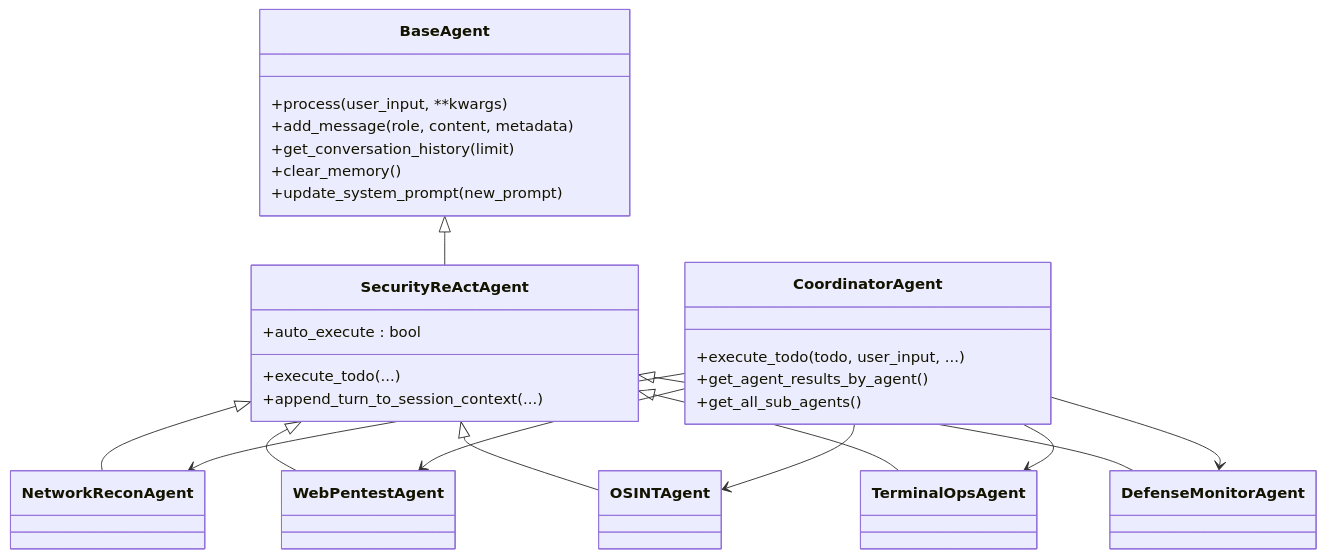
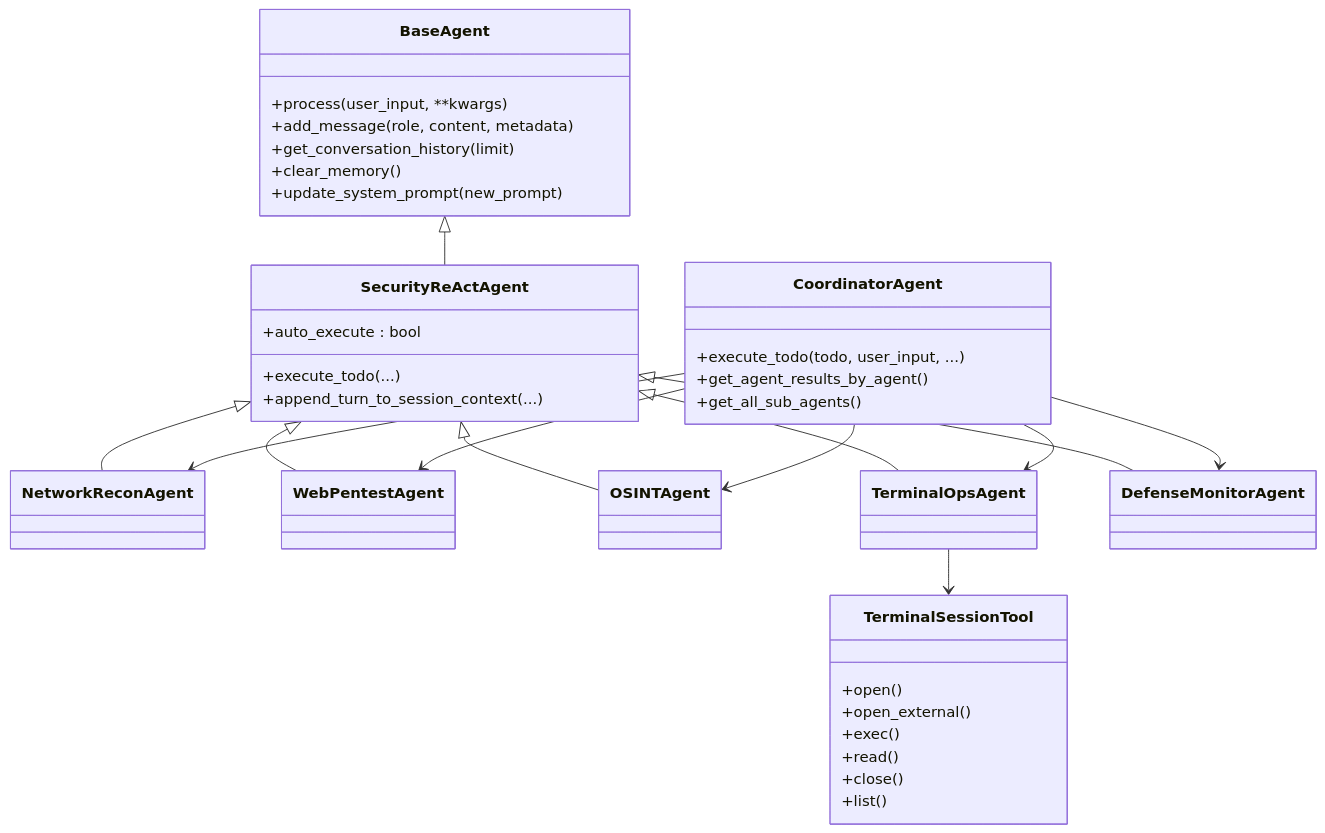
One commit to iammm0/secbot changed the third of 3 diagrams in .qoder/repowiki/zh/content/项目概述/核心功能特性/多智能体协作系统/专用智能体.md. Above: the diagram before and after it, drawn with Mermaid. The commit also changed other lines of this file and 9 other files, not shown here.

````diff
--- a/.qoder/repowiki/zh/content/项目概述/核心功能特性/多智能体协作系统/专用智能体.md
+++ b/.qoder/repowiki/zh/content/项目概述/核心功能特性/多智能体协作系统/专用智能体.md
@@ -294,36 +306,45 @@
 ```mermaid
 classDiagram
 class BaseAgent {
 +process(user_input, **kwargs)
 +add_message(role, content, metadata)
 +get_conversation_history(limit)
 +clear_memory()
 +update_system_prompt(new_prompt)
 }
 class SecurityReActAgent {
 +auto_execute : bool
 +execute_todo(...)
 +append_turn_to_session_context(...)
 }
 class CoordinatorAgent {
 +execute_todo(todo, user_input, ...)
 +get_agent_results_by_agent()
 +get_all_sub_agents()
 }
 class NetworkReconAgent
 class WebPentestAgent
 class OSINTAgent
 class TerminalOpsAgent
 class DefenseMonitorAgent
+class TerminalSessionTool {
++open()
++open_external()
++exec()
++read()
++close()
++list()
+}
 BaseAgent <|-- SecurityReActAgent
 SecurityReActAgent <|-- NetworkReconAgent
 SecurityReActAgent <|-- WebPentestAgent
 SecurityReActAgent <|-- OSINTAgent
 SecurityReActAgent <|-- TerminalOpsAgent
 SecurityReActAgent <|-- DefenseMonitorAgent
+TerminalOpsAgent --> TerminalSessionTool
 CoordinatorAgent --> NetworkReconAgent
 CoordinatorAgent --> WebPentestAgent
 CoordinatorAgent --> OSINTAgent
 CoordinatorAgent --> TerminalOpsAgent
 CoordinatorAgent --> DefenseMonitorAgent
 ```
````
